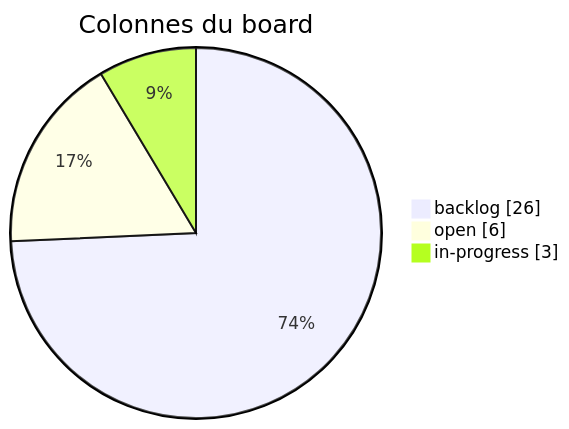
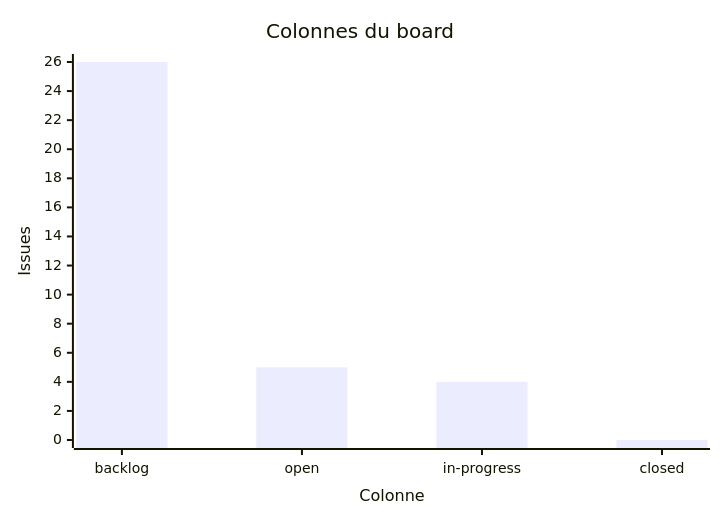
One commit to Gooseppr/GevOps_LC changed the first of 5 diagrams in modules/M40.projet-test.md. Above: the diagram before and after it, drawn with Mermaid. The commit also changed other lines of this file, not shown here.

````diff
--- a/modules/M40.projet-test.md
+++ b/modules/M40.projet-test.md
@@ -26,7 +26,7 @@
 ```mermaid
-pie showData
-    title Colonnes du board
-    "backlog" : 26
-    "open" : 6
-    "in-progress" : 3
+xychart
+    title "Colonnes du board"
+    x-axis "Colonne" ["backlog", "open", "in-progress", "closed"]
+    y-axis "Issues" 0 --> 26
+    bar [26, 5, 4, 0]
 ```
````
